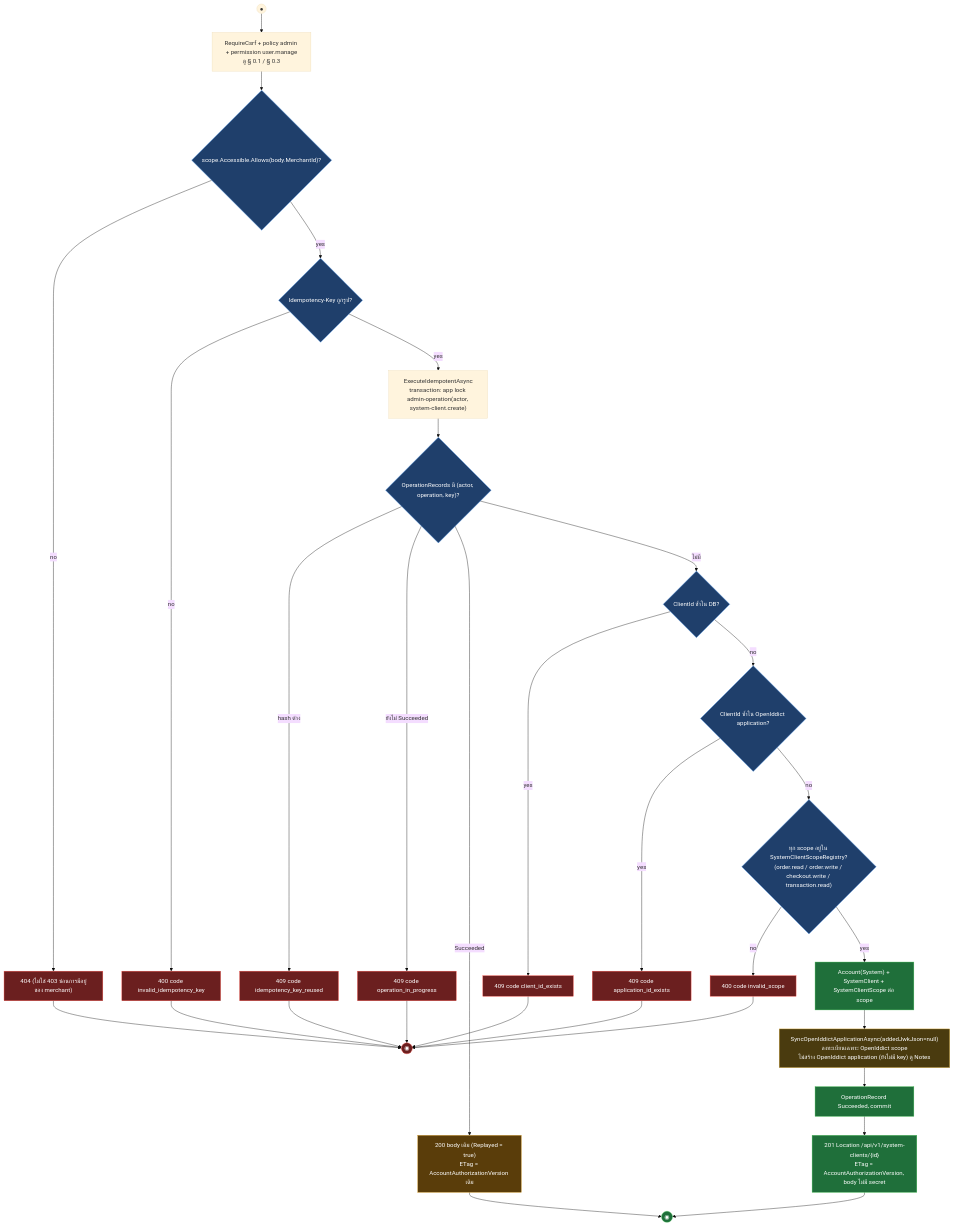
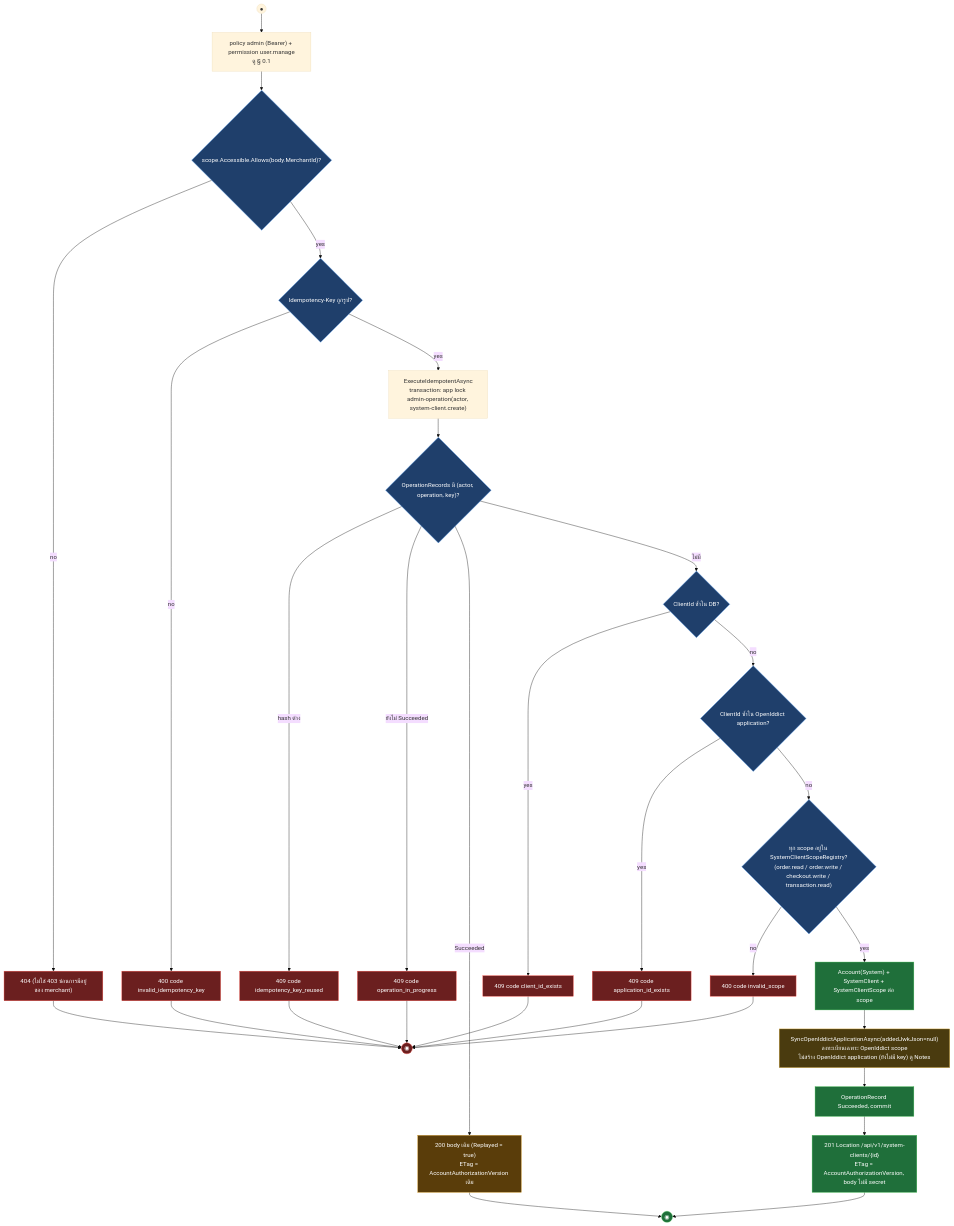
Before and after one commit to metrodiesign/pol-core: the fifth of 6 diagrams in outputs/diagrams/2026-09-14_api-endpoints_v1/02-canonical-access-system-clients.activities.md, drawn with Mermaid (base theme). The commit also changed other lines of this file and 42 other files, not shown here.

First line of the commit message:
docs: align reference docs and the API diagram set with the Bearer-only admin plane

````diff
--- a/outputs/diagrams/2026-09-14_api-endpoints_v1/02-canonical-access-system-clients.activities.md
+++ b/outputs/diagrams/2026-09-14_api-endpoints_v1/02-canonical-access-system-clients.activities.md
@@ -242,43 +242,43 @@
 ```mermaid
 flowchart TD
-    START((●)) --> GATE["RequireCsrf + policy admin + permission user.manage<br/>ดู § 0.1 / § 0.3"]
+    START((●)) --> GATE["policy admin (Bearer) + permission user.manage<br/>ดู § 0.1"]
     GATE --> SCOPE{"scope.Accessible.Allows(body.MerchantId)?"}
     SCOPE -->|no| R404["404 (ไม่ใช่ 403 ซ่อนการมีอยู่ของ merchant)"]
     SCOPE -->|yes| IDEM{"Idempotency-Key ถูกรูป?"}
     IDEM -->|no| R400_I["400 code invalid_idempotency_key"]
     IDEM -->|yes| EXEC["ExecuteIdempotentAsync<br/>transaction: app lock admin-operation(actor, system-client.create)"]
     EXEC --> PRIOR{"OperationRecords มี (actor, operation, key)?"}
     PRIOR -->|"hash ต่าง"| R409_K["409 code idempotency_key_reused"]
     PRIOR -->|"ยังไม่ Succeeded"| R409_P["409 code operation_in_progress"]
     PRIOR -->|Succeeded| REPLAY["200 body เดิม (Replayed = true)<br/>ETag = AccountAuthorizationVersion เดิม"]
     PRIOR -->|"ไม่มี"| DUP1{"ClientId ซ้ำใน DB?"}
     DUP1 -->|yes| R409_C1["409 code client_id_exists"]
     DUP1 -->|no| DUP2{"ClientId ซ้ำใน OpenIddict application?"}
     DUP2 -->|yes| R409_C2["409 code application_id_exists"]
     DUP2 -->|no| SCOPES{"ทุก scope อยู่ใน SystemClientScopeRegistry?<br/>(order.read / order.write / checkout.write / transaction.read)"}
     SCOPES -->|no| R400_S["400 code invalid_scope"]
     SCOPES -->|yes| CREATE["Account(System) + SystemClient + SystemClientScope ต่อ scope"]
     CREATE --> SYNC["SyncOpenIddictApplicationAsync(addedJwkJson=null)<br/>ลงทะเบียนเฉพาะ OpenIddict scope<br/>ไม่สร้าง OpenIddict application (ยังไม่มี key) ดู Notes"]
     SYNC --> SAVE["OperationRecord Succeeded, commit"]
     SAVE --> R201["201 Location /api/v1/system-clients/{id}<br/>ETag = AccountAuthorizationVersion, body ไม่มี secret"]
     R201 --> END_S((◉))
     REPLAY --> END_S
     R404 --> END_F((◉))
     R400_I --> END_F
     R409_K --> END_F
     R409_P --> END_F
     R409_C1 --> END_F
     R409_C2 --> END_F
     R400_S --> END_F
 
     classDef ok fill:#1f6f3a,stroke:#3fb950,color:#fff
     classDef fail fill:#6b1f1f,stroke:#f85149,color:#fff
     classDef gate fill:#1f3f6b,stroke:#58a6ff,color:#fff
     classDef warn fill:#5a3d0a,stroke:#d29922,color:#fff
     classDef ext fill:#4a3b0f,stroke:#e3b341,color:#fff
     class CREATE,SAVE,R201,END_S ok
     class R404,R400_I,R409_K,R409_P,R409_C1,R409_C2,R400_S,END_F fail
     class SCOPE,IDEM,PRIOR,DUP1,DUP2,SCOPES gate
     class REPLAY warn
     class SYNC ext
 ```
````
